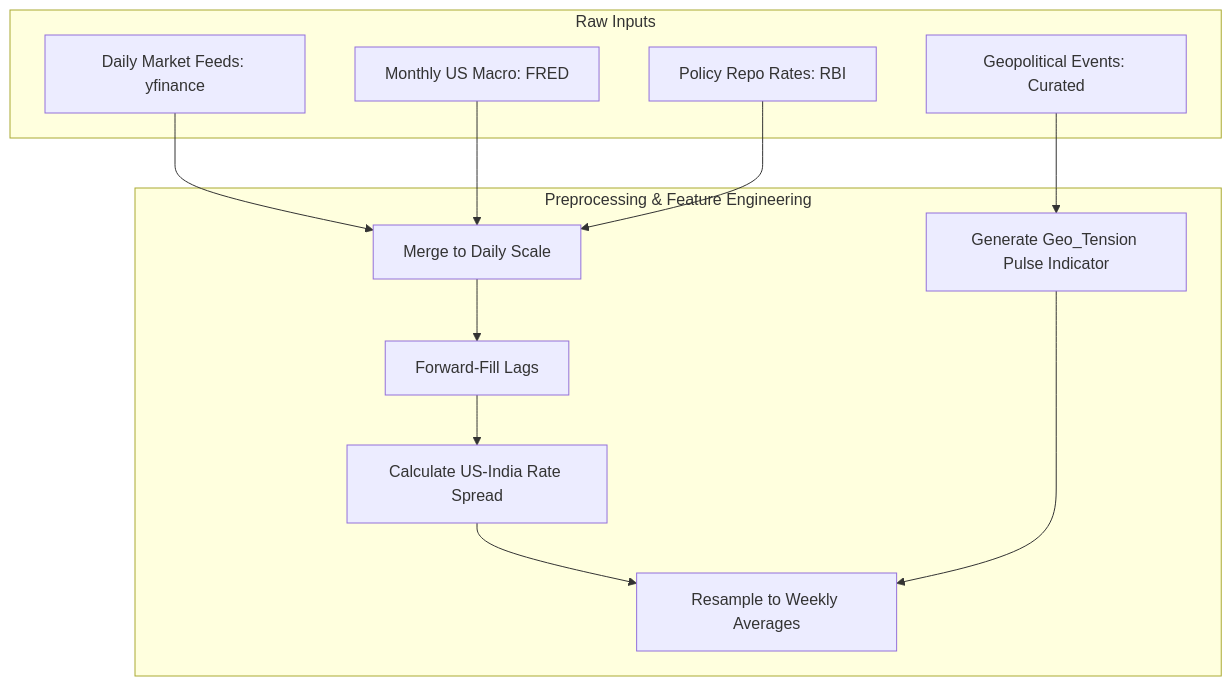
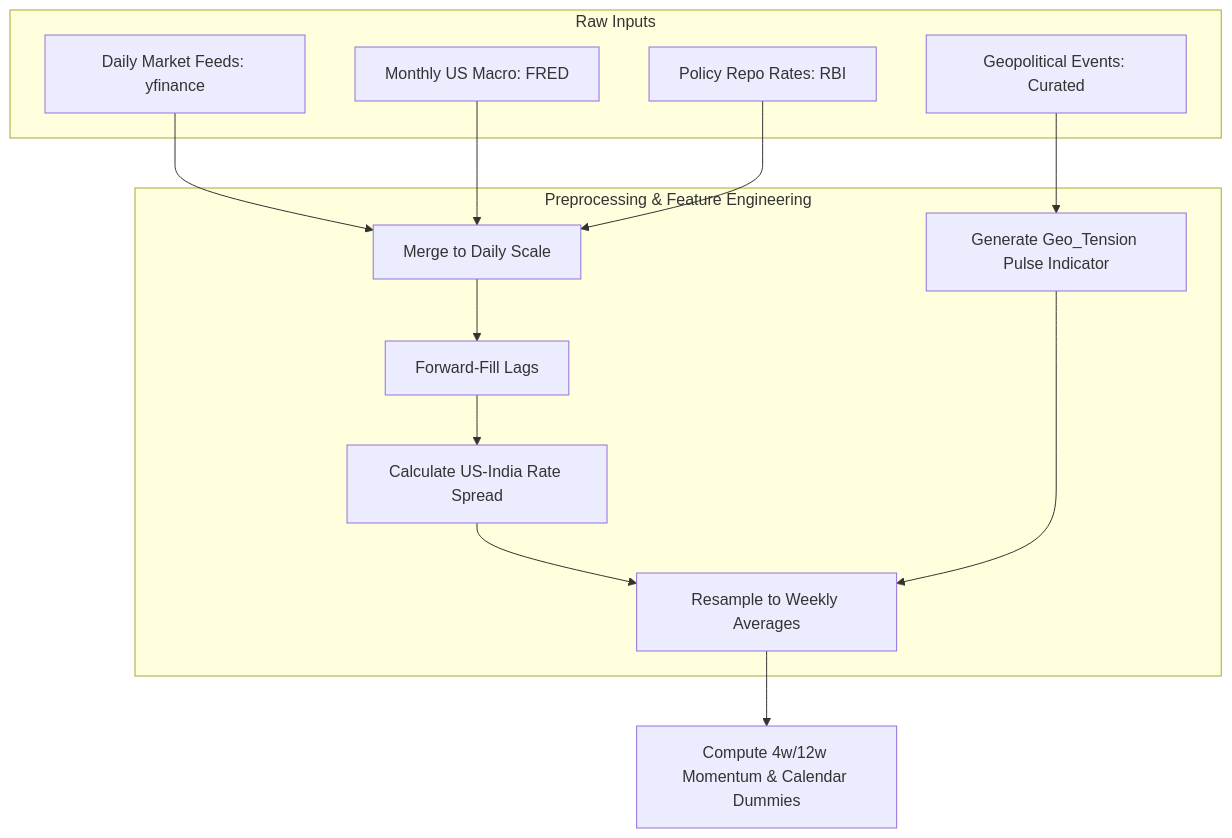
The first of 2 diagrams in Report.md (srishti7103/RupeeRisk), drawn with Mermaid before and after one commit. The commit also changed other lines of this file and 18 other files, not shown here.

````diff
--- a/Report.md
+++ b/Report.md
@@ -42,23 +43,24 @@
 ```mermaid
 flowchart TD
     subgraph Raw Inputs
         A[Daily Market Feeds: yfinance]
         B[Monthly US Macro: FRED]
         C[Policy Repo Rates: RBI]
         D[Geopolitical Events: Curated]
     end
     
     subgraph Preprocessing & Feature Engineering
         E[Merge to Daily Scale]
         F[Forward-Fill Lags]
         G[Calculate US-India Rate Spread]
         H[Generate Geo_Tension Pulse Indicator]
         I[Resample to Weekly Averages]
     end
     
     A & B & C --> E
     E --> F
     F --> G
     D --> H
     G & H --> I
+    I --> J[Compute 4w/12w Momentum & Calendar Dummies]
 ```
````
